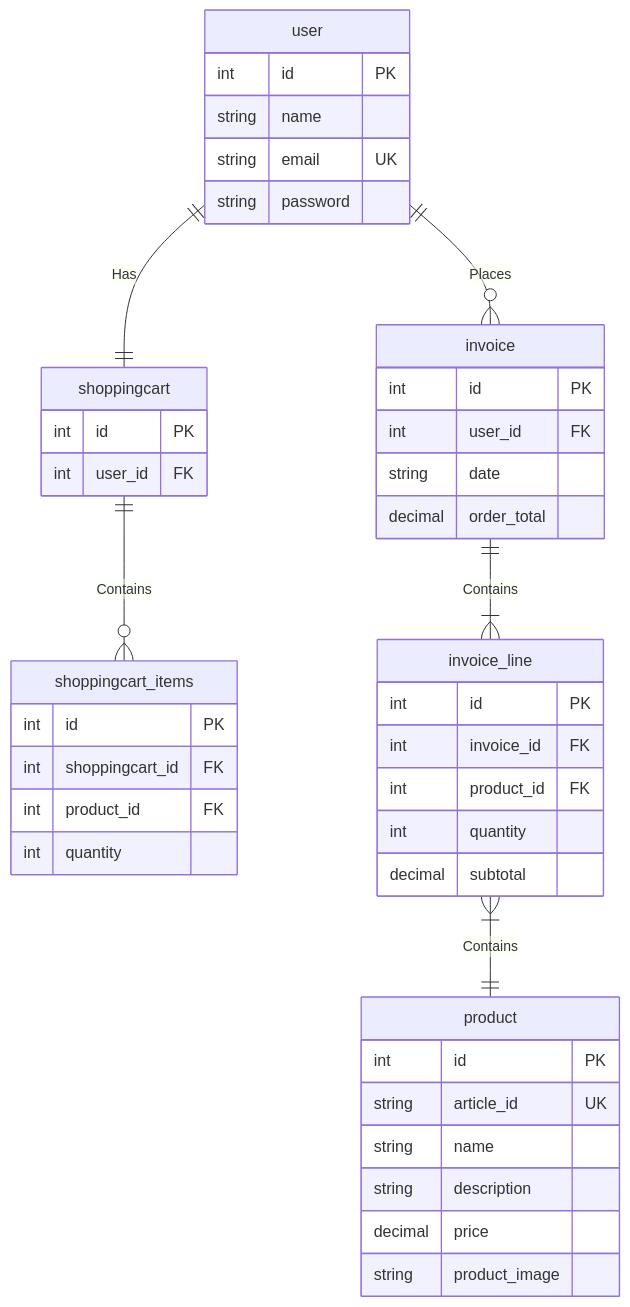
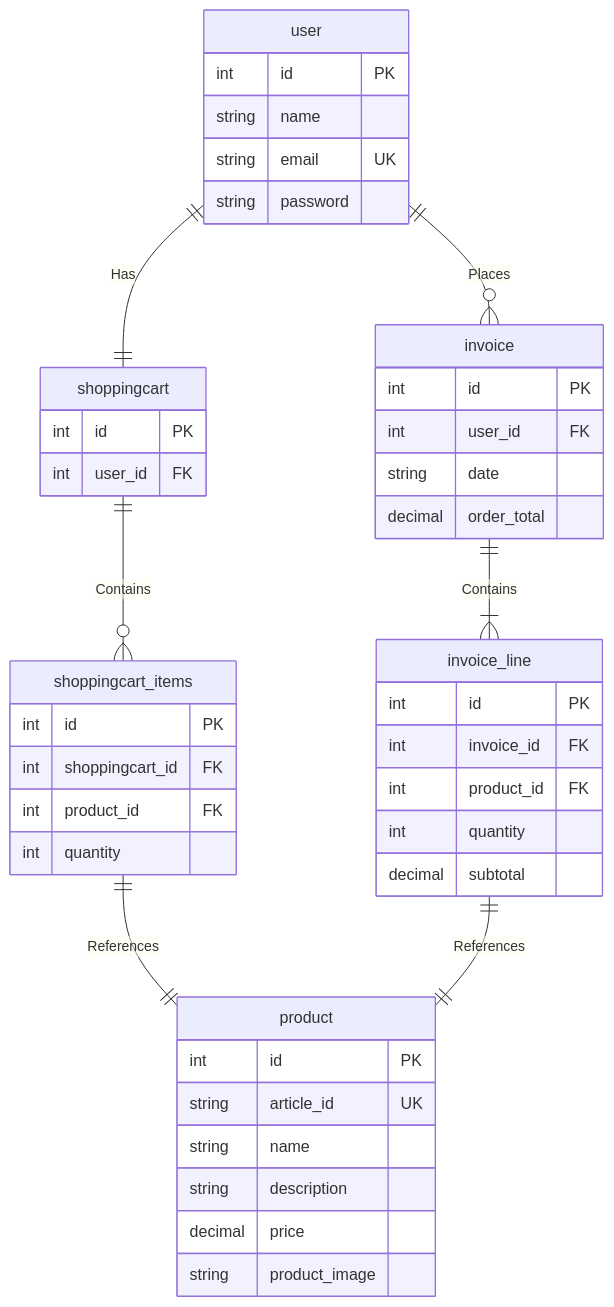
The diagram in Diagrams/ERD.md (frankkruidhofeducom/educom-webshop-database-1726752626), drawn with Mermaid before and after one commit.

Commit message:
ERD aangepast #6

````diff
--- a/Diagrams/ERD.md
+++ b/Diagrams/ERD.md
@@ -1,51 +1,53 @@
 ```mermaid
 erDiagram
     user ||--o{ invoice : Places
     user ||--|| shoppingcart : Has
+    shoppingcart ||--o{ shoppingcart_items : Contains
+    shoppingcart_items ||--|| product : References
+    invoice ||--|{ invoice_line : Contains
+    invoice_line ||--|| product : References
+
     user {
         int    id        PK
         string name
         string email     UK
         string password
     }
 
     shoppingcart {
         int id         PK
         int user_id    FK
     }
 
-    shoppingcart ||--o{ shoppingcart_items : Contains
     shoppingcart_items {
         int id              PK
         int shoppingcart_id FK
         int product_id      FK
         int quantity
     }
     
-    invoice ||--|{ invoice_line : Contains
     invoice {
         int    id                PK
         int    user_id           FK
         string date
         decimal order_total 
     }
 
-    invoice_line }|--|| product : Contains
     invoice_line {
         int        id            PK
         int        invoice_id    FK
         int        product_id    FK
         int        quantity
         decimal    subtotal 
 }
 
     product {
         int     id            PK
         string  article_id    UK
         string  name
         string  description
         decimal price
         string  product_image
     }
         
 ```
````
